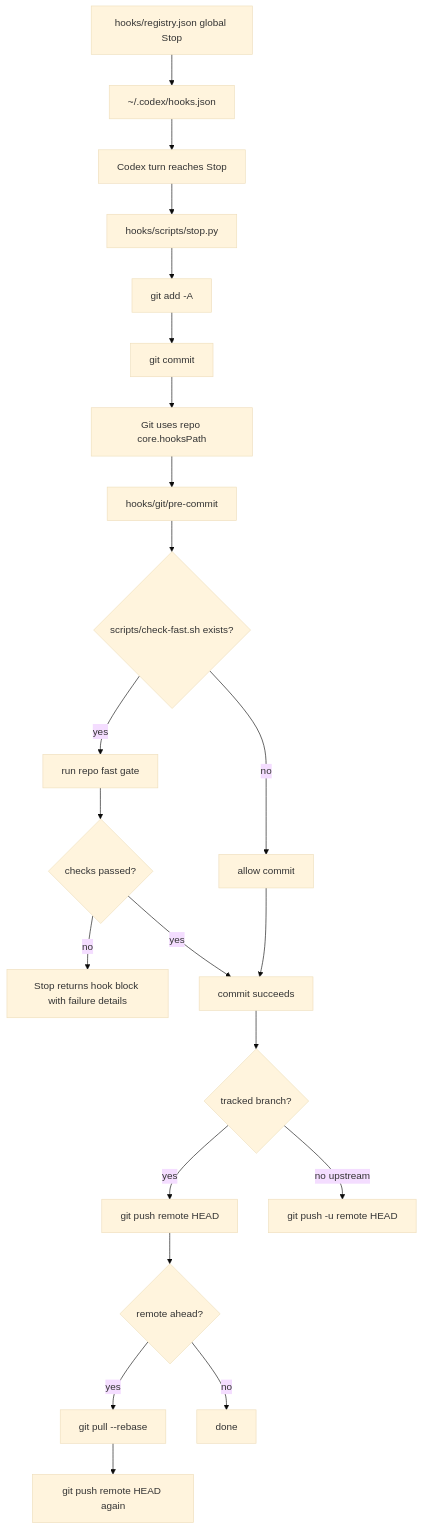
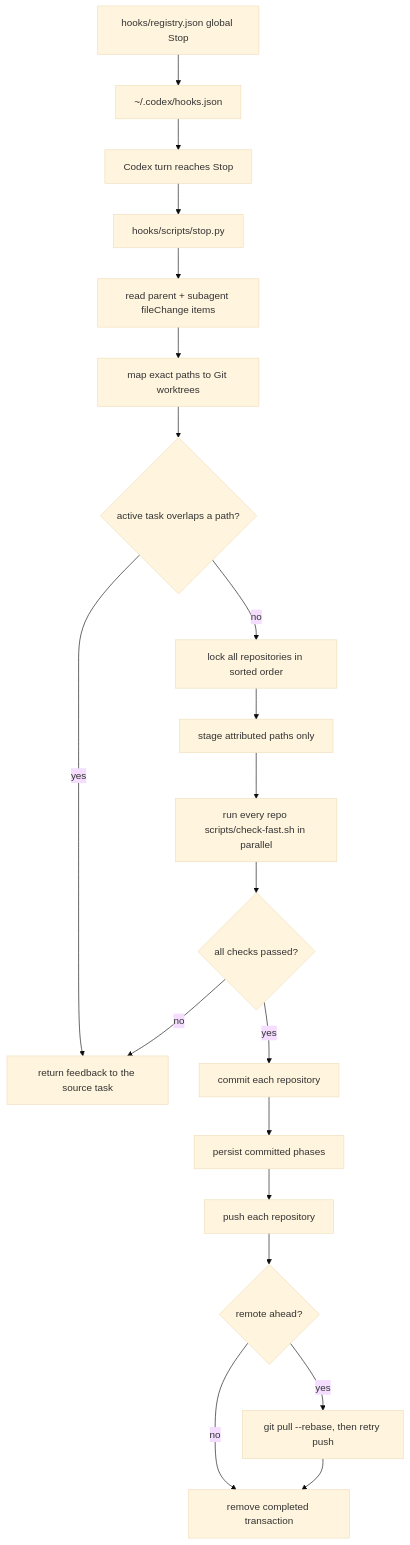
The fifth of 5 diagrams in docs/architecture/codex-control-plane-script-flows.md (wisdom-in-a-nutshell/.agents), drawn with Mermaid (base theme) before and after one commit. The commit also changed other lines of this file and 5 other files, not shown here.

````diff
--- a/docs/architecture/codex-control-plane-script-flows.md
+++ b/docs/architecture/codex-control-plane-script-flows.md
@@ -115,24 +115,22 @@
 ```mermaid
 flowchart TD
     A["hooks/registry.json global Stop"] --> B["~/.codex/hooks.json"]
     B --> C["Codex turn reaches Stop"]
     C --> D["hooks/scripts/stop.py"]
-    D --> E["git add -A"]
-    E --> F["git commit"]
-    F --> G["Git uses repo core.hooksPath"]
-    G --> H["hooks/git/pre-commit"]
-    H --> I{"scripts/check-fast.sh exists?"}
-    I -->|"yes"| J["run repo fast gate"]
-    I -->|"no"| K["allow commit"]
-    J --> L{"checks passed?"}
-    L -->|"no"| M["Stop returns hook block with failure details"]
-    L -->|"yes"| N["commit succeeds"]
-    K --> N
-    N --> O{"tracked branch?"}
-    O -->|"yes"| P["git push remote HEAD"]
-    P --> Q{"remote ahead?"}
-    Q -->|"yes"| R["git pull --rebase"]
-    R --> S["git push remote HEAD again"]
-    Q -->|"no"| T["done"]
-    O -->|"no upstream"| U["git push -u remote HEAD"]
+    D --> E["read parent + subagent fileChange items"]
+    E --> F["map exact paths to Git worktrees"]
+    F --> G{"active task overlaps a path?"}
+    G -->|"yes"| H["return feedback to the source task"]
+    G -->|"no"| I["lock all repositories in sorted order"]
+    I --> J["stage attributed paths only"]
+    J --> K["run every repo scripts/check-fast.sh in parallel"]
+    K --> L{"all checks passed?"}
+    L -->|"no"| H
+    L -->|"yes"| M["commit each repository"]
+    M --> N["persist committed phases"]
+    N --> O["push each repository"]
+    O --> P{"remote ahead?"}
+    P -->|"yes"| Q["git pull --rebase, then retry push"]
+    P -->|"no"| R["remove completed transaction"]
+    Q --> R
 ```
````
